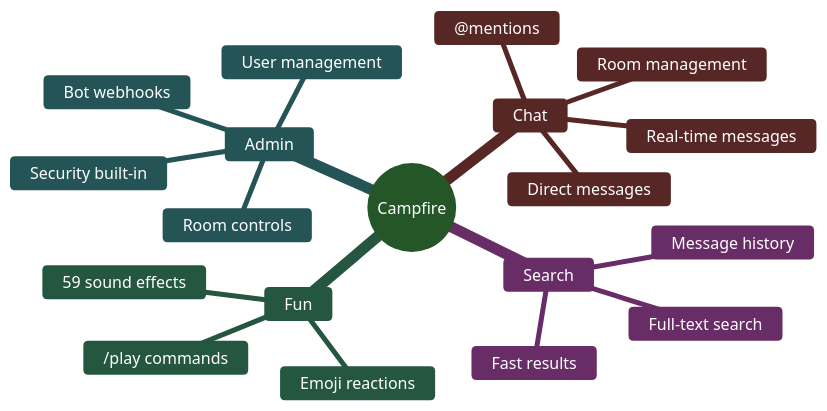
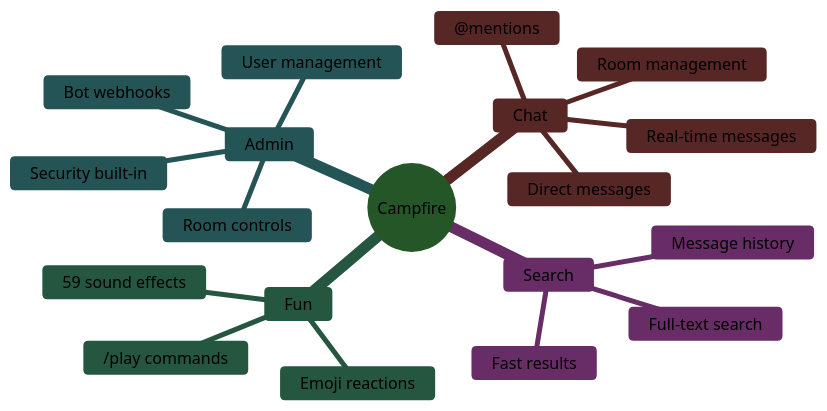
One commit to that-in-rust/campfire-on-rust changed the third of 6 diagrams in README.md. Above: the diagram before and after it, drawn with Mermaid. The commit also changed other lines of this file and 4 other files, not shown here.

First line of the commit message:
✨ Improve branding and mermaid diagrams

````diff
--- a/README.md
+++ b/README.md
@@ -80,23 +80,23 @@
 ```mermaid
-%%{init: {'theme':'base', 'themeVariables': {'primaryColor':'#4caf50','primaryTextColor':'#ffffff','primaryBorderColor':'#4caf50','lineColor':'#333333'}}}%%
+%%{init: {'theme':'base', 'themeVariables': {'primaryColor':'#4caf50','primaryTextColor':'#000000','primaryBorderColor':'#4caf50','lineColor':'#333333'}}}%%
 mindmap
   root((Campfire))
     Chat
       Real-time messages
       @mentions
       Room management
       Direct messages
     Search
       Full-text search
       Message history
       Fast results
     Fun
       59 sound effects
       /play commands
       Emoji reactions
     Admin
       User management
       Room controls
       Bot webhooks
       Security built-in
 ```
````
